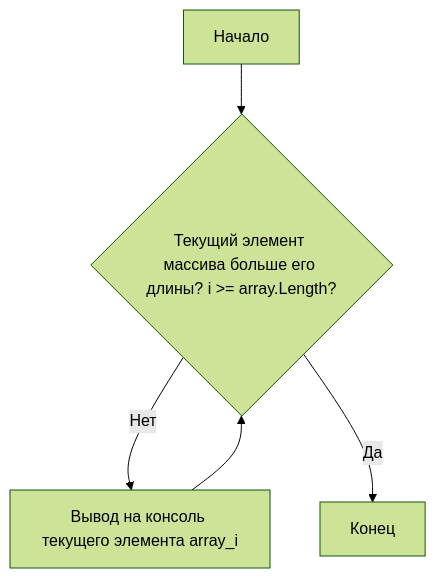
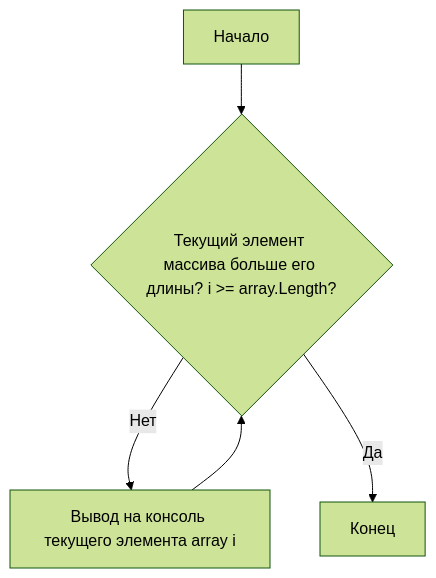
Before and after one commit to keknut/GB-Control-First-Quarter: the second of 2 diagrams in README.md, drawn with Mermaid (forest theme).

Commit message:
Add PrintArray algorithm diagram

````diff
--- a/README.md
+++ b/README.md
@@ -37,7 +37,7 @@
 ```mermaid
   graph TD;
       A[Начало]-->B{Текущий элемент массива больше его длины? i >= array.Length?};
-      B -- Нет --> C[Вывод на консоль текущего элемента array_i];
+      B -- Нет --> C[Вывод на консоль текущего элемента array i];
       C --> B
       B -- Да --> D[Конец];
 ```
````
